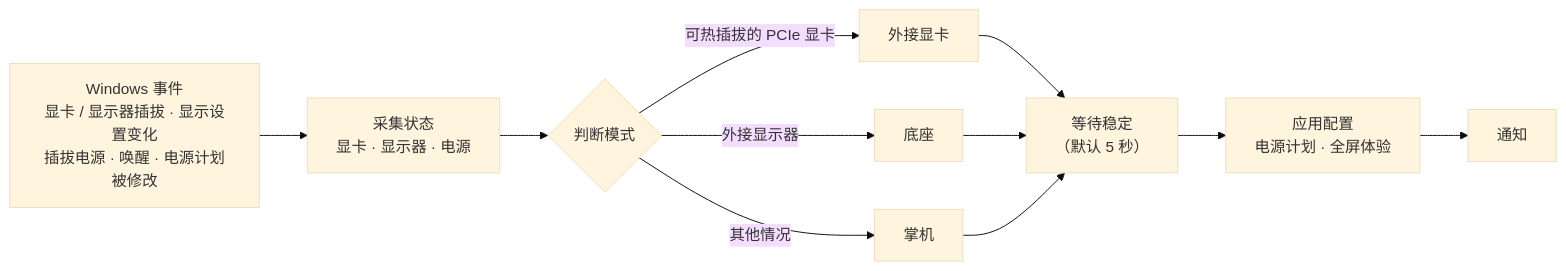
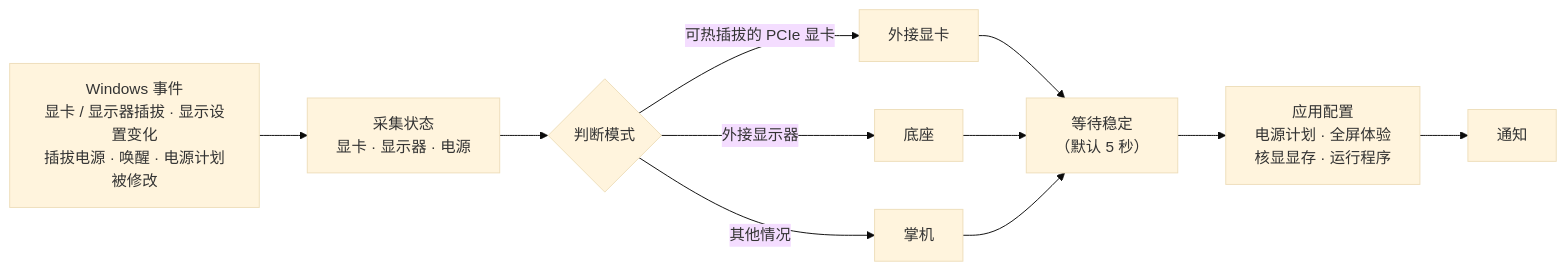
The diagram in README.zh-CN.md (rozx/DockSense), drawn with Mermaid (base theme) before and after one commit. The commit also changed other lines of this file and 11 other files, not shown here.

````diff
--- a/README.zh-CN.md
+++ b/README.zh-CN.md
@@ -79,13 +82,13 @@
 ```mermaid
 flowchart LR
     E["Windows 事件<br/>显卡 / 显示器插拔 · 显示设置变化<br/>插拔电源 · 唤醒 · 电源计划被修改"] --> S["采集状态<br/>显卡 · 显示器 · 电源"]
     S --> M{"判断模式"}
     M -- "可热插拔的 PCIe 显卡" --> G["外接显卡"]
     M -- "外接显示器" --> D["底座"]
     M -- "其他情况" --> H["掌机"]
     G --> W["等待稳定<br/>（默认 5 秒）"]
     D --> W
     H --> W
-    W --> A["应用配置<br/>电源计划 · 全屏体验"]
+    W --> A["应用配置<br/>电源计划 · 全屏体验<br/>核显显存 · 运行程序"]
     A --> N["通知"]
 ```
````
